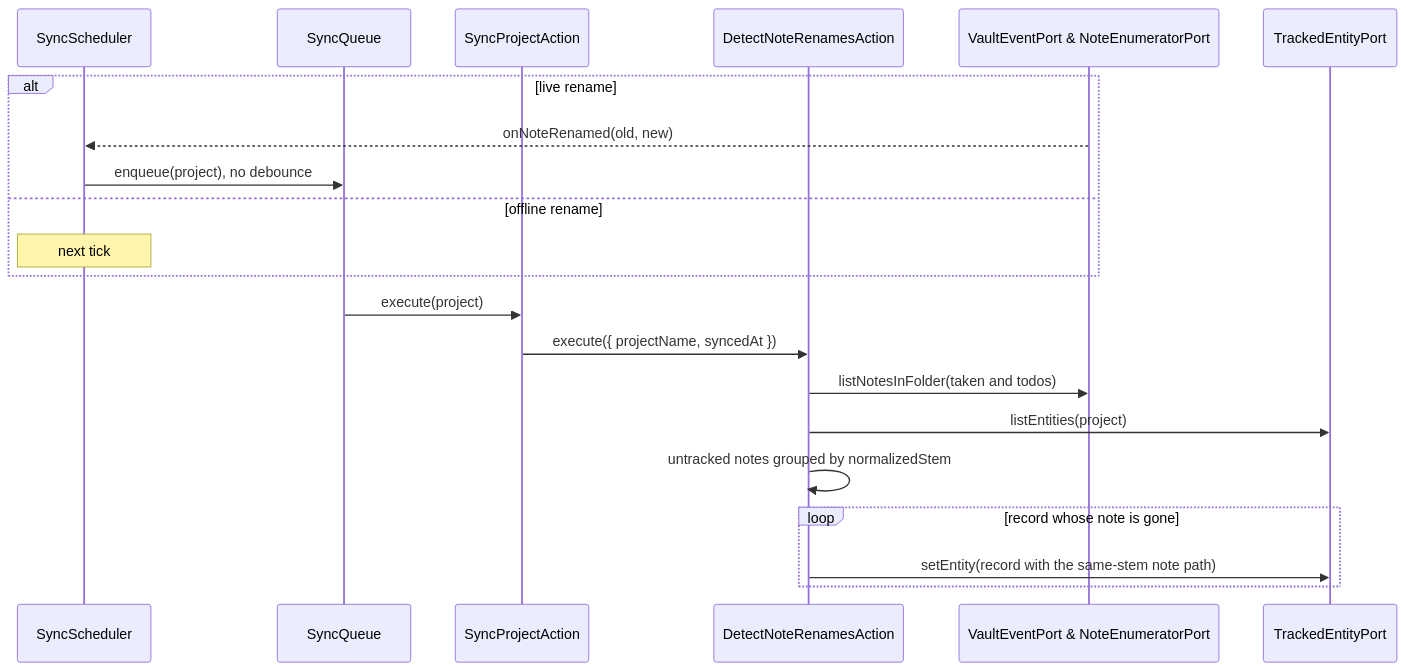
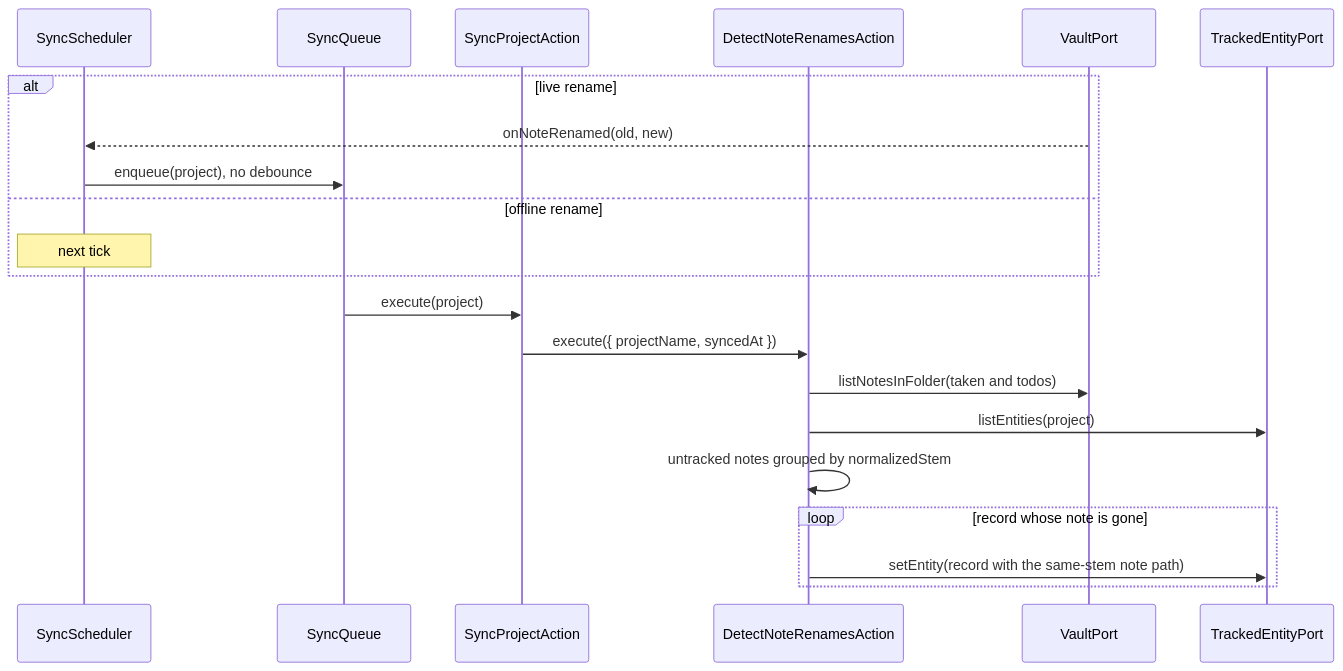
One commit to 99linesofcode/obsidian-project-management changed diagram 17 of 18 in docs/developer-manual.md. Above: the diagram before and after it, drawn with Mermaid. The commit also changed other lines of this file and 76 other files, not shown here.

First line of the commit message:
refactor(vault): collapse the vault ports into one VaultPort

````diff
--- a/docs/developer-manual.md
+++ b/docs/developer-manual.md
@@ -785,24 +785,24 @@
 ```mermaid
 sequenceDiagram
   participant Sched as SyncScheduler
   participant Q as SyncQueue
   participant SP as SyncProjectAction
   participant Ren as DetectNoteRenamesAction
-  participant V as VaultEventPort & NoteEnumeratorPort
+  participant V as VaultPort
   participant SS as TrackedEntityPort
 
   alt live rename
     V-->>Sched: onNoteRenamed(old, new)
     Sched->>Q: enqueue(project), no debounce
   else offline rename
     Note over Sched: next tick
   end
   Q->>SP: execute(project)
   SP->>Ren: execute({ projectName, syncedAt })
   Ren->>V: listNotesInFolder(taken and todos)
   Ren->>SS: listEntities(project)
   Ren->>Ren: untracked notes grouped by normalizedStem
   loop record whose note is gone
     Ren->>SS: setEntity(record with the same-stem note path)
   end
 ```
````
